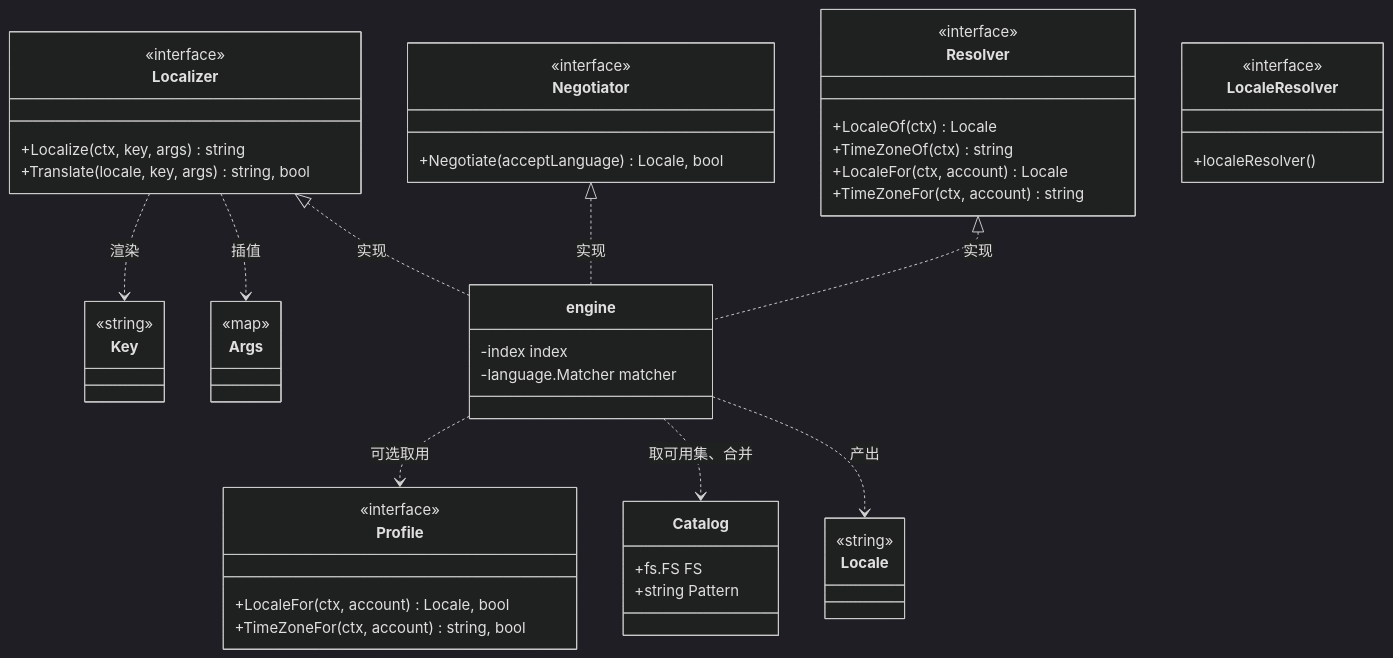
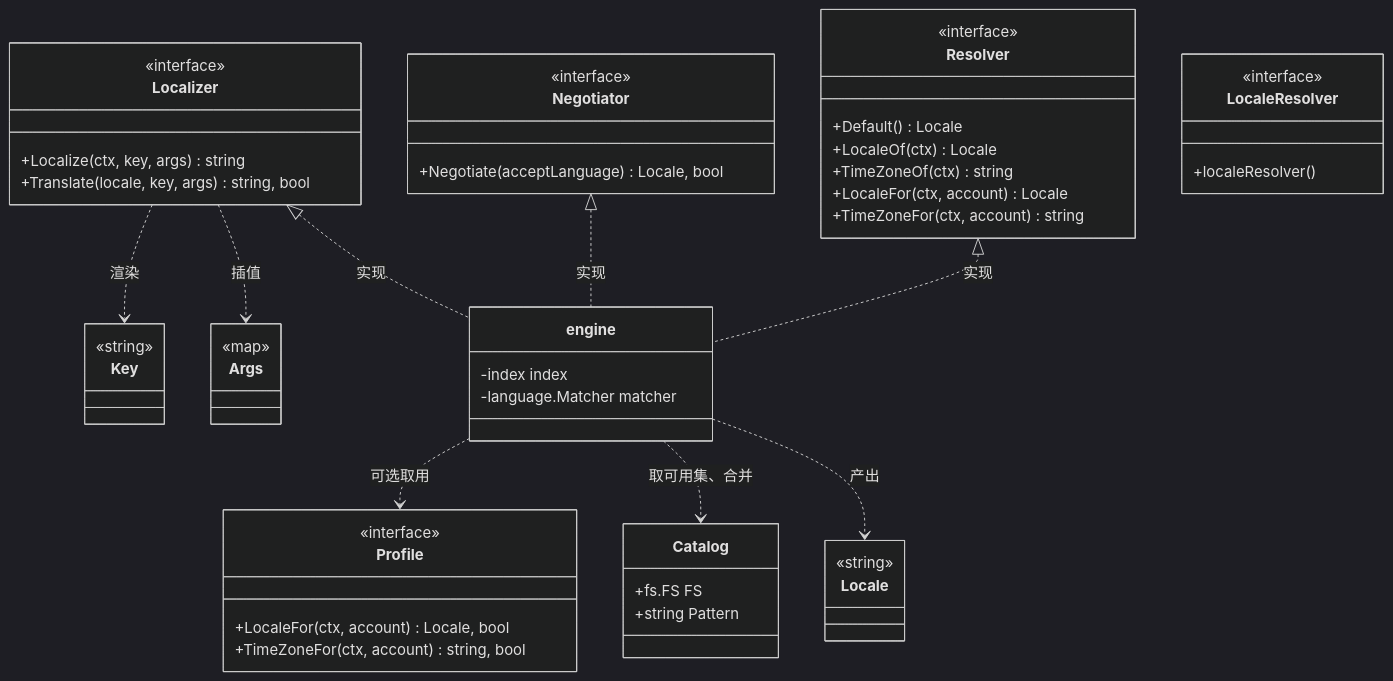
The first of 2 diagrams in docs/design/modules/design-i18n.md (wangzw/speed), drawn with Mermaid (dark theme) before and after one commit. The commit also changed other lines of this file and 39 other files, not shown here.

````diff
--- a/docs/design/modules/design-i18n.md
+++ b/docs/design/modules/design-i18n.md
@@ -202,54 +213,55 @@
 ```mermaid
 classDiagram
     class Locale {
         <<string>>
     }
     class Key {
         <<string>>
     }
     class Args {
         <<map>>
     }
     class Localizer {
         <<interface>>
         +Localize(ctx, key, args) string
         +Translate(locale, key, args) string, bool
     }
     class Negotiator {
         <<interface>>
         +Negotiate(acceptLanguage) Locale, bool
     }
     class Resolver {
         <<interface>>
+        +Default() Locale
         +LocaleOf(ctx) Locale
         +TimeZoneOf(ctx) string
         +LocaleFor(ctx, account) Locale
         +TimeZoneFor(ctx, account) string
     }
     class Profile {
         <<interface>>
         +LocaleFor(ctx, account) Locale, bool
         +TimeZoneFor(ctx, account) string, bool
     }
     class Catalog {
         +fs.FS FS
         +string Pattern
     }
     class LocaleResolver {
         <<interface>>
         +localeResolver()
     }
     class engine {
         -index index
         -language.Matcher matcher
     }
 
     Localizer <|.. engine : 实现
     Negotiator <|.. engine : 实现
     Resolver <|.. engine : 实现
     engine ..> Profile : 可选取用
     engine ..> Catalog : 取可用集、合并
     engine ..> Locale : 产出
     Localizer ..> Key : 渲染
     Localizer ..> Args : 插值
 ```
````
